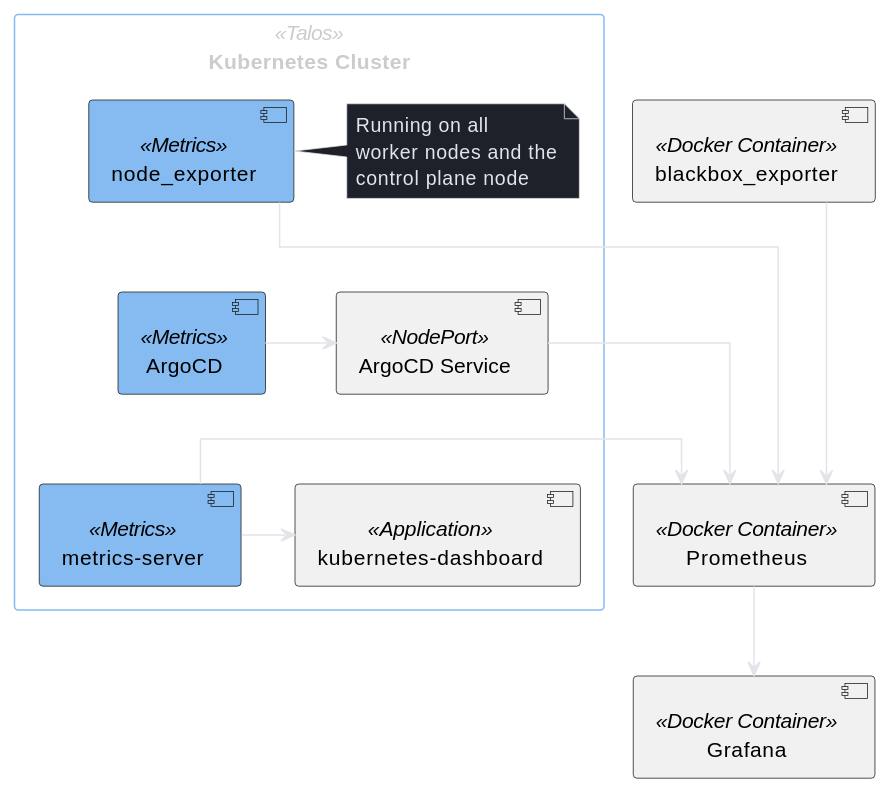
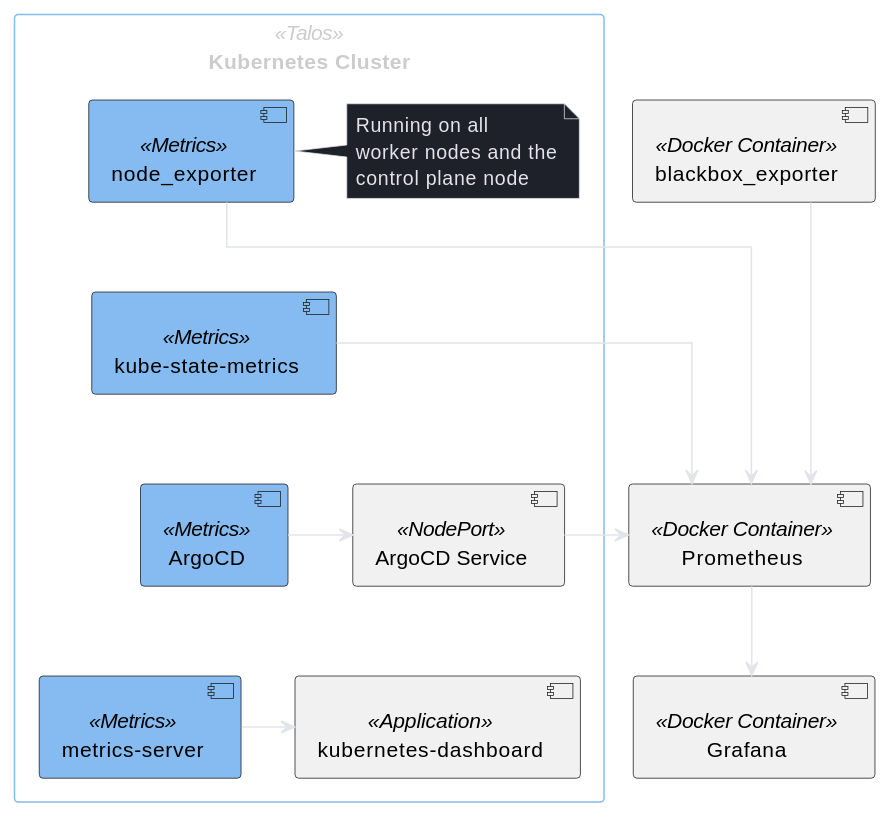
Before and after one commit to sommerfeld-io/configs-homelab: the diagram in docs/nodes/talos-cluster/monitoring-logging.md, drawn with PlantUML.

Commit message:
docs: expose kubernetes metrics for prometheus

````diff
--- a/docs/nodes/talos-cluster/monitoring-logging.md
+++ b/docs/nodes/talos-cluster/monitoring-logging.md
@@ -12,51 +12,53 @@
 ```kroki-plantuml
 @startuml
 
 skinparam linetype ortho
 skinparam backgroundColor transparent
 skinparam fontColor #E2E4E9
 
 skinparam arrowColor #E2E4E9
 skinparam ArrowFontColor #E2E4E9
 
 skinparam RectangleFontColor #ccc
 skinparam RectangleBorderColor #85BBF0
 
 skinparam NoteFontColor #E2E4E9
 skinparam NoteBorderColor #E2E4E9
 skinparam NoteBackgroundColor #1E2129
 
 skinparam activity {
     'FontName Ubuntu
     FontName Roboto
 }
 
 rectangle k8s as "Kubernetes Cluster" <<Talos>> {
     component node_exporter <<Metrics>> #85BBF0
     component argo as "ArgoCD" <<Metrics>> #85BBF0
     component argo_svc as "ArgoCD Service" <<NodePort>>
+    component ksm as "kube-state-metrics" <<Metrics>> #85BBF0
     component ms as "metrics-server" <<Metrics>> #85BBF0
     component dash as "kubernetes-dashboard" <<Application>>
 
-    node_exporter -[hidden]down- argo
+    node_exporter -[hidden]down- ksm
+    ksm -[hidden]down- argo
     argo -[hidden]down- ms
 
     argo -right-> argo_svc
     ms -right-> dash
 
     note right of node_exporter: Running on all\nworker nodes and the\ncontrol plane node
 }
 
 component p as "Prometheus" <<Docker Container>>
 component g as "Grafana" <<Docker Container>>
 component be as "blackbox_exporter" <<Docker Container>>
 
 node_exporter -right-> p
 argo_svc -right-> p
-ms -right-> p
+ksm -right-> p
 
 be -down--> p
 p -down-> g
 
 @enduml
 ```
````
